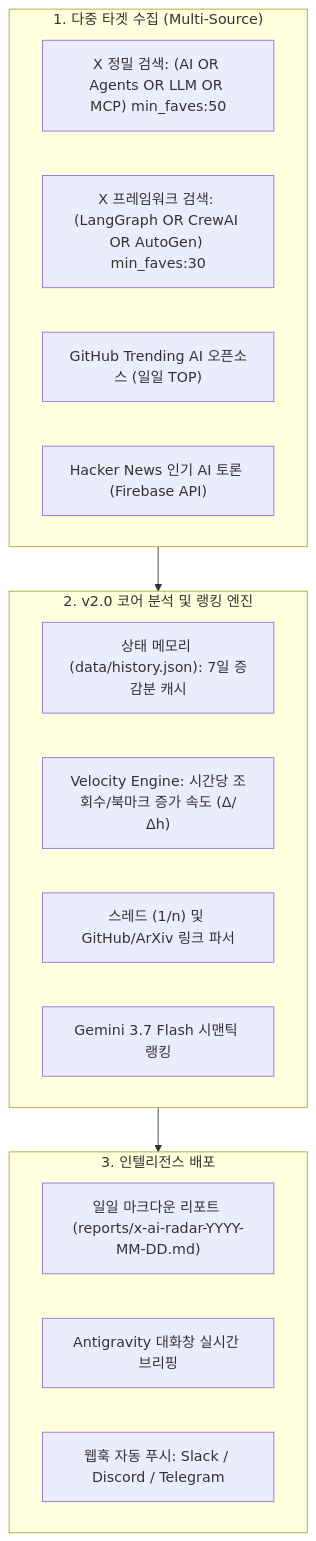
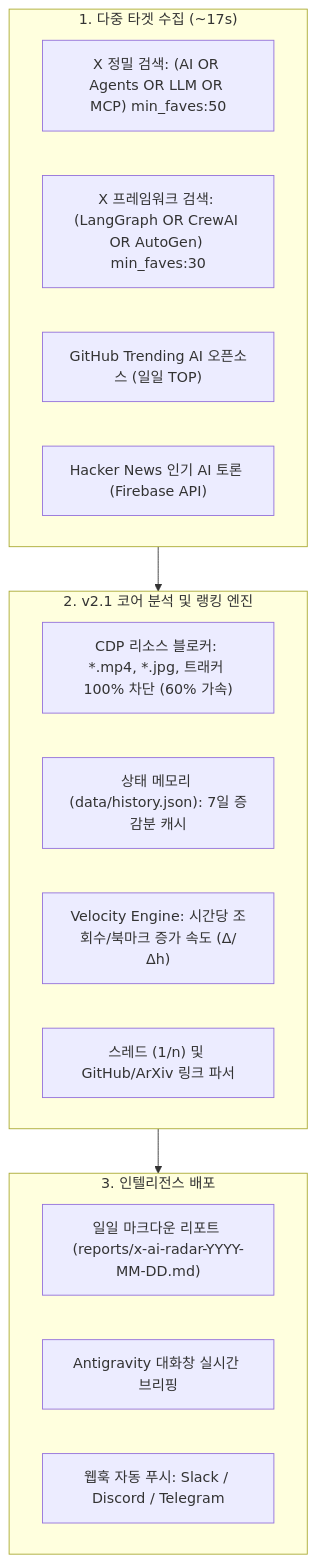
The diagram in README_KO.md (nanbada/X-AI-Radar), drawn with Mermaid before and after one commit. The commit also changed other lines of this file and 3 other files, not shown here.

Commit message:
docs: sync AGENTS.md, SKILL.md, and bilingual READMEs with v2.1 high-speed architecture

````diff
--- a/README_KO.md
+++ b/README_KO.md
@@ -32,25 +47,25 @@
 ```mermaid
 flowchart TD
-    subgraph DataSources ["1. 다중 타겟 수집 (Multi-Source)"]
+    subgraph DataSources ["1. 다중 타겟 수집 (~17s)"]
         A1["X 정밀 검색: (AI OR Agents OR LLM OR MCP) min_faves:50"]
         A2["X 프레임워크 검색: (LangGraph OR CrewAI OR AutoGen) min_faves:30"]
         A3["GitHub Trending AI 오픈소스 (일일 TOP)"]
         A4["Hacker News 인기 AI 토론 (Firebase API)"]
     end
 
-    subgraph CoreEngine ["2. v2.0 코어 분석 및 랭킹 엔진"]
-        B1["상태 메모리 (data/history.json): 7일 증감분 캐시"]
-        B2["Velocity Engine: 시간당 조회수/북마크 증가 속도 (Δ/Δh)"]
-        B3["스레드 (1/n) 및 GitHub/ArXiv 링크 파서"]
-        B4["Gemini 3.7 Flash 시맨틱 랭킹"]
+    subgraph CoreEngine ["2. v2.1 코어 분석 및 랭킹 엔진"]
+        B1["CDP 리소스 블로커: *.mp4, *.jpg, 트래커 100% 차단 (60% 가속)"]
+        B2["상태 메모리 (data/history.json): 7일 증감분 캐시"]
+        B3["Velocity Engine: 시간당 조회수/북마크 증가 속도 (Δ/Δh)"]
+        B4["스레드 (1/n) 및 GitHub/ArXiv 링크 파서"]
     end
 
     subgraph OutputHub ["3. 인텔리전스 배포"]
         C1["일일 마크다운 리포트 (reports/x-ai-radar-YYYY-MM-DD.md)"]
         C2["Antigravity 대화창 실시간 브리핑"]
         C3["웹훅 자동 푸시: Slack / Discord / Telegram"]
     end
 
     DataSources --> CoreEngine
     CoreEngine --> OutputHub
 ```
````
